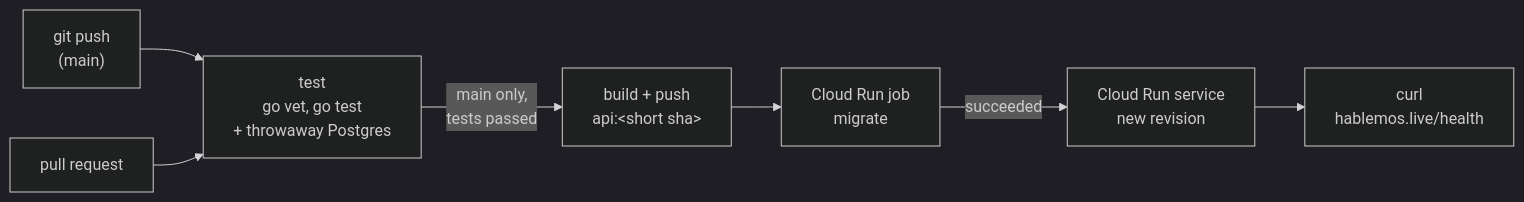
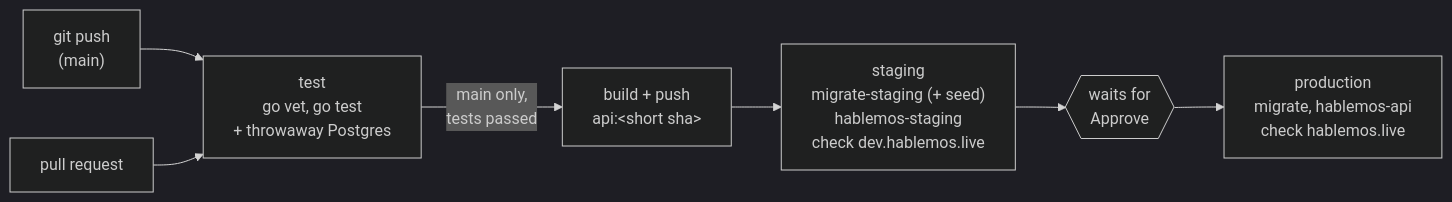
The third of 6 diagrams in docs/deploy.md (msf143/language-classes), drawn with Mermaid (dark theme) before and after one commit. The commit also changed other lines of this file and 2 other files, not shown here.

Commit message:
Pipeline: build once, deploy to staging, then production after approval (GitHub environments)

````diff
--- a/docs/deploy.md
+++ b/docs/deploy.md
@@ -105,9 +105,9 @@
 ```mermaid
 flowchart LR
     push["git push<br/>(main)"] --> test["test<br/>go vet, go test<br/>+ throwaway Postgres"]
     pr["pull request"] --> test
     test -- "main only,<br/>tests passed" --> build["build + push<br/>api:&lt;short sha&gt;"]
-    build --> mig["Cloud Run job<br/>migrate"]
-    mig -- "succeeded" --> svc["Cloud Run service<br/>new revision"]
-    svc --> check["curl<br/>hablemos.live/health"]
+    build --> stg["staging<br/>migrate-staging (+ seed)<br/>hablemos-staging<br/>check dev.hablemos.live"]
+    stg --> wait{{"waits for<br/>Approve"}}
+    wait --> prod["production<br/>migrate, hablemos-api<br/>check hablemos.live"]
 ```
````
